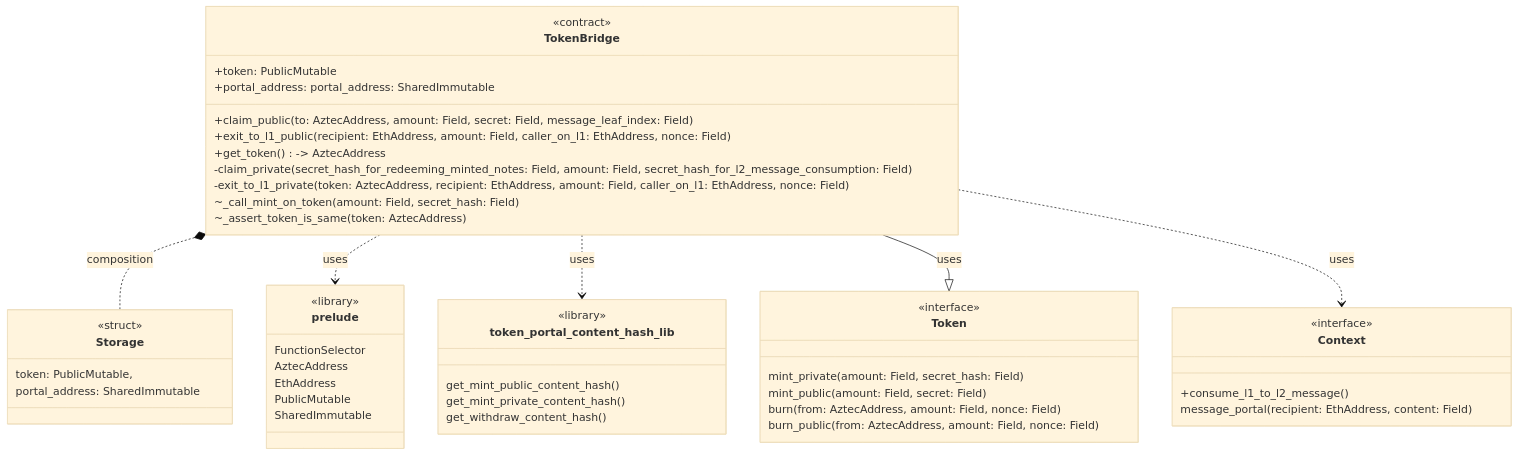
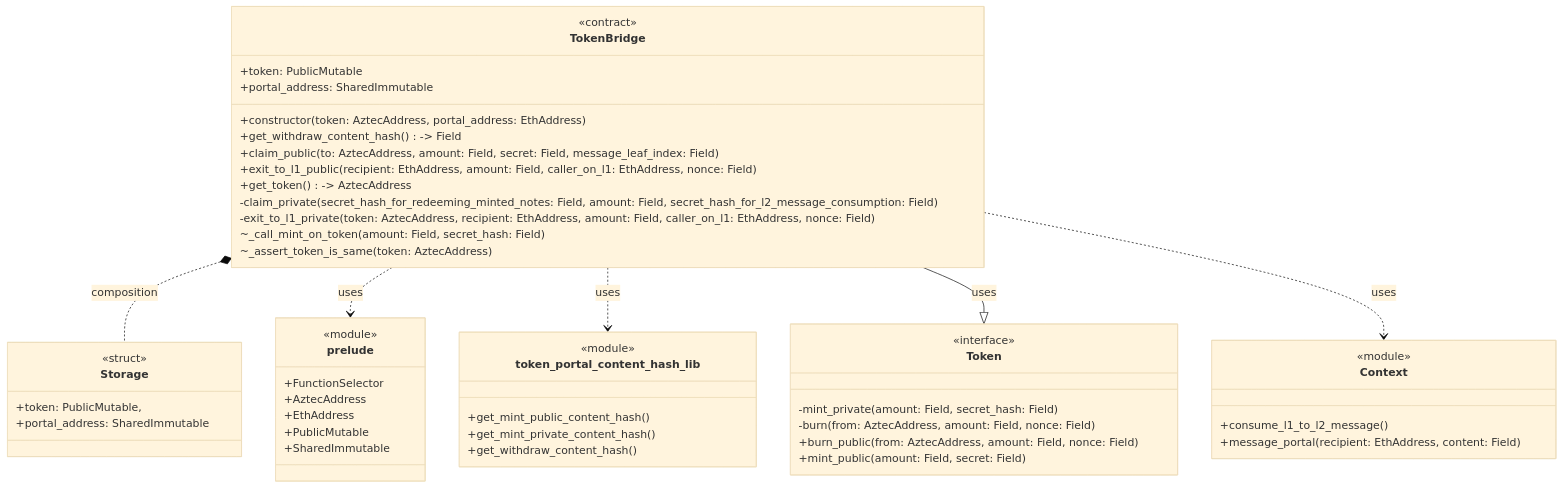
One commit to 0xbow-io/asp-aztec-bridge changed the second of 2 diagrams in docs/assets/class.md. Above: the diagram before and after it, drawn with Mermaid (base theme). The commit also changed other lines of this file and 1 other file, not shown here.

Commit message:
docs(class.md-and-sequence.md): Simplified sequence diagram and fixed errors on class diagrams

````diff
--- a/docs/assets/class.md
+++ b/docs/assets/class.md
@@ -194,53 +202,55 @@
 ```mermaid
 classDiagram
 class TokenBridge {
     <<contract>>
     +token: PublicMutable<AztecAddress>
-    +portal_address: portal_address: SharedImmutable<EthAddress>
+    +portal_address: SharedImmutable<EthAddress>
+    +constructor(token: AztecAddress, portal_address: EthAddress)
+    +get_withdraw_content_hash() -> Field
     +claim_public(to: AztecAddress, amount: Field, secret: Field, message_leaf_index: Field)
     +exit_to_l1_public(recipient: EthAddress, amount: Field, caller_on_l1: EthAddress, nonce: Field)
     +get_token() -> AztecAddress
     -claim_private(secret_hash_for_redeeming_minted_notes: Field, amount: Field, secret_hash_for_l2_message_consumption: Field)
     -exit_to_l1_private(token: AztecAddress, recipient: EthAddress, amount: Field, caller_on_l1: EthAddress, nonce: Field)
     ~_call_mint_on_token(amount: Field, secret_hash: Field)
     ~_assert_token_is_same(token: AztecAddress)
 }
 class prelude {
-    <<library>>
-    FunctionSelector
-    AztecAddress
-    EthAddress
-    PublicMutable
-    SharedImmutable
+    <<module>>
+    +FunctionSelector
+    +AztecAddress
+    +EthAddress
+    +PublicMutable
+    +SharedImmutable
 }
 class token_portal_content_hash_lib {
-    <<library>>
-    get_mint_public_content_hash()
-    get_mint_private_content_hash()
-    get_withdraw_content_hash()
+    <<module>>
+    +get_mint_public_content_hash()
+    +get_mint_private_content_hash()
+    +get_withdraw_content_hash()
 }
 class Token {
     <<interface>>
-    mint_private(amount: Field, secret_hash: Field)
-    mint_public(amount: Field, secret: Field)
-    burn(from: AztecAddress, amount: Field, nonce: Field)
-    burn_public(from: AztecAddress, amount: Field, nonce: Field)
+    -mint_private(amount: Field, secret_hash: Field)
+    -burn(from: AztecAddress, amount: Field, nonce: Field)
+    +burn_public(from: AztecAddress, amount: Field, nonce: Field)
+    +mint_public(amount: Field, secret: Field)
 }
 class Storage {
     <<struct>>
-    token: PublicMutable<AztecAddress>,
-    portal_address: SharedImmutable<EthAddress>
+    +token: PublicMutable<AztecAddress>,
+    +portal_address: SharedImmutable<EthAddress>
 }
 class Context {
-    <<interface>>
+    <<module>>
     +consume_l1_to_l2_message()
-    message_portal(recipient: EthAddress, content: Field)
+    +message_portal(recipient: EthAddress, content: Field)
 }
 
 
 TokenBridge *.. Storage: composition
 TokenBridge ..> prelude: uses
 TokenBridge ..> token_portal_content_hash_lib: uses
 TokenBridge --|> Token: uses
 TokenBridge ..> Context: uses
 ```
````
